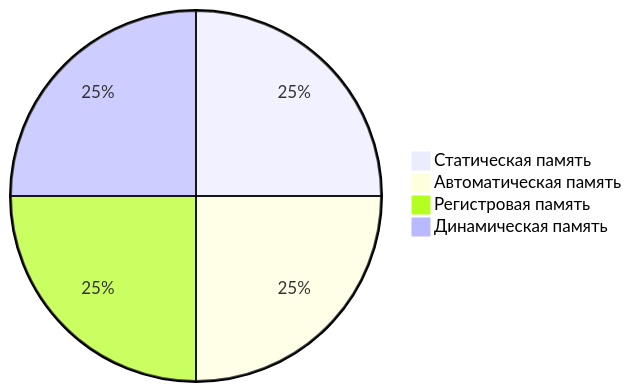
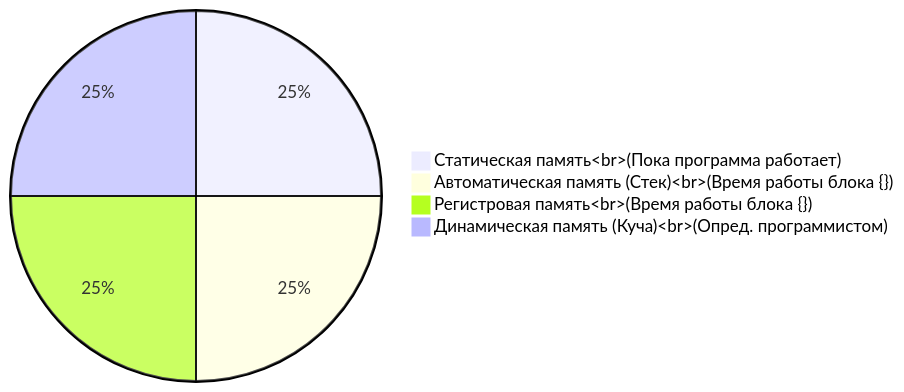
Before and after one commit to BurdichxD4r/Cpp_Lessons: the ninth of 9 diagrams in class_work/Lesson_5/README.md, drawn with Mermaid. The commit also changed other lines of this file, not shown here.

````diff
--- a/class_work/Lesson_5/README.md
+++ b/class_work/Lesson_5/README.md
@@ -144,7 +168,7 @@
 ```mermaid
 pie 
-    "Статическая память" : 25
-    "Автоматическая память" : 25
-    "Регистровая память" : 25
-    "Динамическая память " : 25
+    "Статическая память<br>(Пока программа работает)" : 25
+    "Автоматическая память (Стек)<br>(Время работы блока {})" : 25
+    "Регистровая память<br>(Время работы блока {})" : 25
+    "Динамическая память (Куча)<br>(Опред. программистом)" : 25
 ```
````
